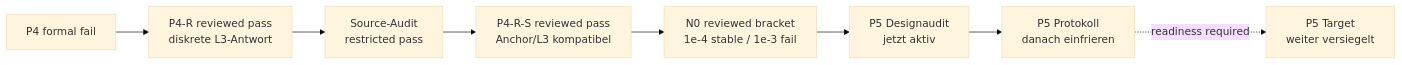
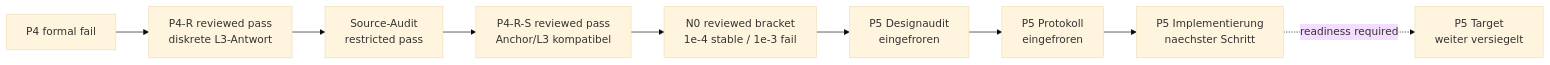
One commit to MemoryDynamics/Knoten changed the diagram in docs/status/project_priorities.md. Above: the diagram before and after it, drawn with Mermaid (base theme). The commit also changed other lines of this file and 5 other files, not shown here.

````diff
--- a/docs/status/project_priorities.md
+++ b/docs/status/project_priorities.md
@@ -27,13 +29,14 @@
 ```mermaid
 flowchart LR
     p4["P4 formal fail"]
     p4r["P4-R reviewed pass<br/>diskrete L3-Antwort"]
     source["Source-Audit<br/>restricted pass"]
     p4rs["P4-R-S reviewed pass<br/>Anchor/L3 kompatibel"]
     n0["N0 reviewed bracket<br/>1e-4 stable / 1e-3 fail"]
-    p5d["P5 Designaudit<br/>jetzt aktiv"]
-    p5p["P5 Protokoll<br/>danach einfrieren"]
+    p5d["P5 Designaudit<br/>eingefroren"]
+    p5p["P5 Protokoll<br/>eingefroren"]
+    p5i["P5 Implementierung<br/>naechster Schritt"]
     p5t["P5 Target<br/>weiter versiegelt"]
 
-    p4 --> p4r --> source --> p4rs --> n0 --> p5d --> p5p -. readiness required .-> p5t
+    p4 --> p4r --> source --> p4rs --> n0 --> p5d --> p5p --> p5i -. readiness required .-> p5t
 ```
````
